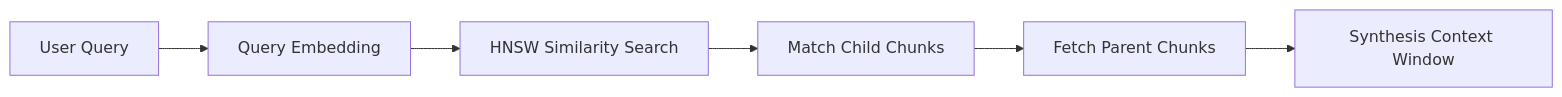
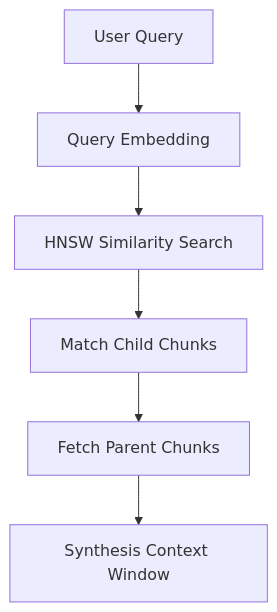
The eighth of 21 diagrams in docs/Nimblize_Future_Implementation_Roadmap.md (ruthvikgoud16/Nimblize-demo), drawn with Mermaid before and after one commit. The commit also changed other lines of this file and 1 other file, not shown here.

Commit message:
Improve future implementation roadmap report design

````diff
--- a/docs/Nimblize_Future_Implementation_Roadmap.md
+++ b/docs/Nimblize_Future_Implementation_Roadmap.md
@@ -356,8 +356,8 @@
 ```mermaid
-graph LR
+graph TD
     Query[User Query] --> Embed[Query Embedding]
     Embed --> Search[HNSW Similarity Search]
     Search --> ChildMatch[Match Child Chunks]
     ChildMatch --> ParentFetch[Fetch Parent Chunks]
     ParentFetch --> Context[Synthesis Context Window]
 ```
````
